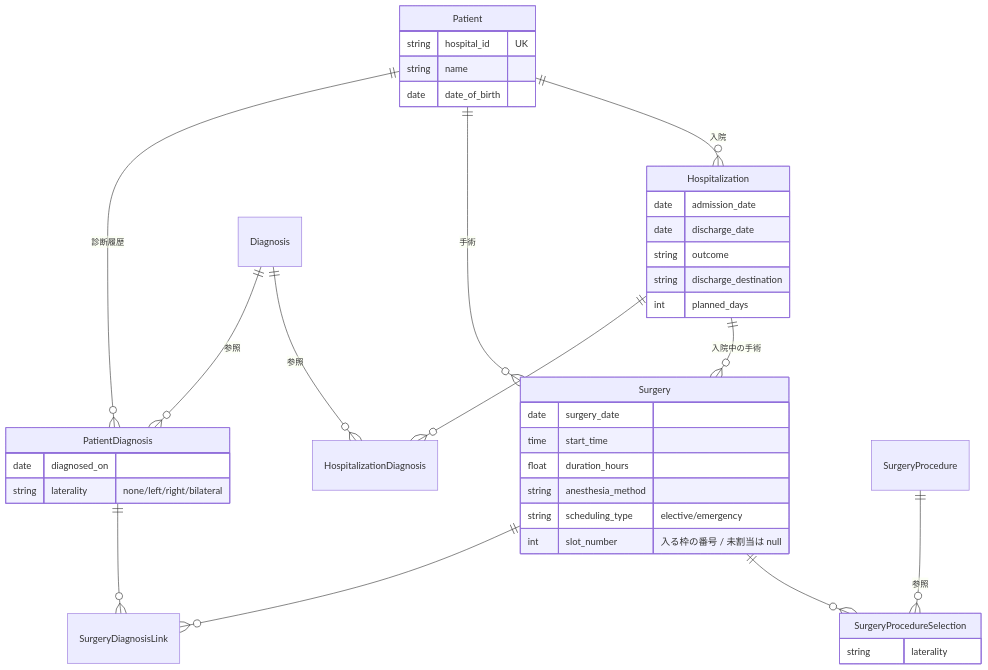
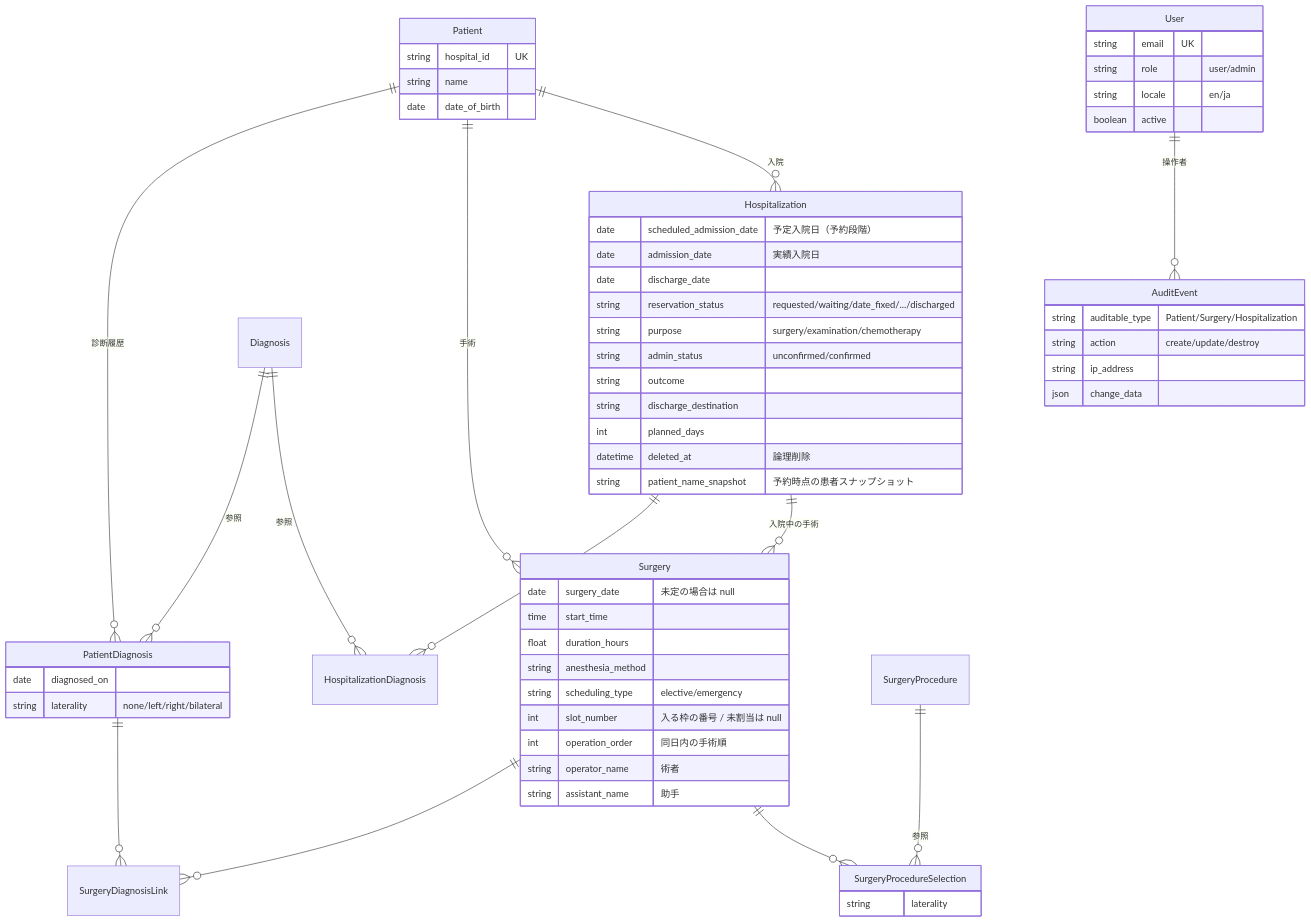
The diagram in README.md (studiome/altocumulus), drawn with Mermaid before and after one commit. The commit also changed other lines of this file, not shown here.

First line of the commit message:
Update README to reflect auth, hospitalization reservations, and i18n

````diff
--- a/README.md
+++ b/README.md
@@ -108,42 +144,64 @@
 ```mermaid
 erDiagram
     Patient          ||--o{ PatientDiagnosis        : "診断履歴"
     Patient          ||--o{ Surgery                 : "手術"
     Patient          ||--o{ Hospitalization         : "入院"
     Diagnosis        ||--o{ PatientDiagnosis        : "参照"
     Diagnosis        ||--o{ HospitalizationDiagnosis: "参照"
     Hospitalization  ||--o{ HospitalizationDiagnosis: ""
     Hospitalization  ||--o{ Surgery                 : "入院中の手術"
     Surgery          ||--o{ SurgeryDiagnosisLink    : ""
     PatientDiagnosis ||--o{ SurgeryDiagnosisLink    : ""
     Surgery          ||--o{ SurgeryProcedureSelection : ""
     SurgeryProcedure ||--o{ SurgeryProcedureSelection : "参照"
+    User             ||--o{ AuditEvent              : "操作者"
 
     Patient {
         string hospital_id UK
         string name
         date   date_of_birth
     }
     PatientDiagnosis {
         date   diagnosed_on
         string laterality "none/left/right/bilateral"
     }
     Surgery {
-        date   surgery_date
+        date   surgery_date "未定の場合は null"
         time   start_time
         float  duration_hours
         string anesthesia_method
         string scheduling_type "elective/emergency"
         int    slot_number "入る枠の番号 / 未割当は null"
+        int    operation_order "同日内の手術順"
+        string operator_name "術者"
+        string assistant_name "助手"
     }
     Hospitalization {
-        date   admission_date
+        date   scheduled_admission_date "予定入院日（予約段階）"
+        date   admission_date "実績入院日"
         date   discharge_date
+        string reservation_status "requested/waiting/date_fixed/.../discharged"
+        string purpose "surgery/examination/chemotherapy"
+        string admin_status "unconfirmed/confirmed"
         string outcome
         string discharge_destination
         int    planned_days
+        datetime deleted_at "論理削除"
+        string patient_name_snapshot "予約時点の患者スナップショット"
     }
     SurgeryProcedureSelection {
         string laterality
     }
+    User {
+        string email UK
+        string role "user/admin"
+        string locale "en/ja"
+        boolean active
+    }
+    AuditEvent {
+        string auditable_type "Patient/Surgery/Hospitalization"
+        string action "create/update/destroy"
+        string ip_address
+        json   change_data
+    }
 ```
````
